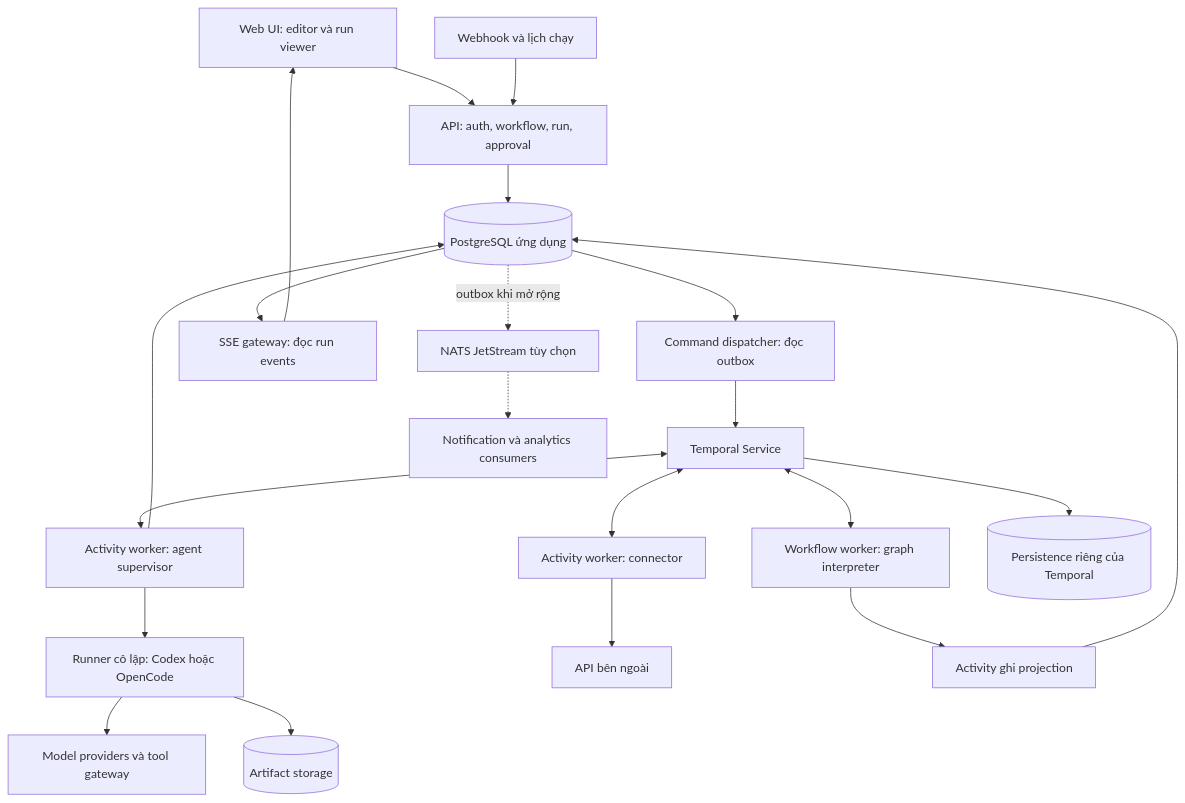
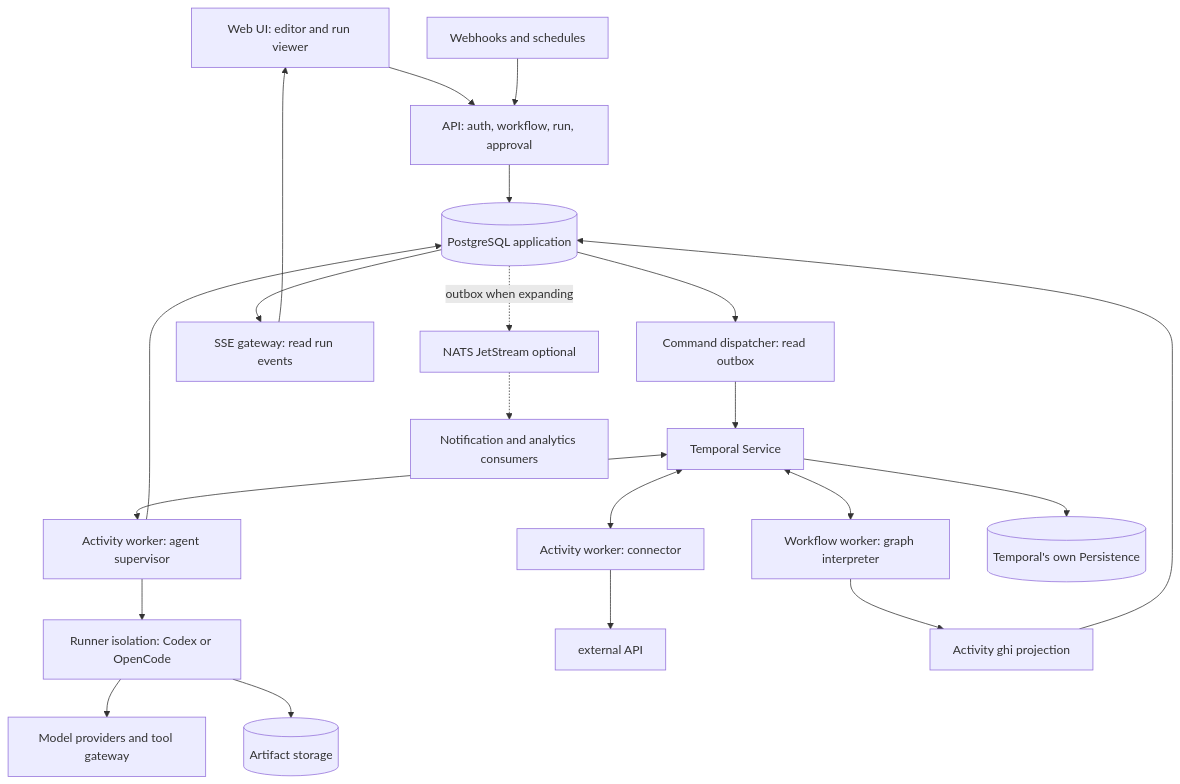
The diagram in docs/architecture.md (ndthangit/AgentFlow), drawn with Mermaid before and after one commit. The commit also changed other lines of this file and 39 other files, not shown here.

Commit message:
Translate Vietnamese messages to English across multiple components, including McpPage, ModelsPage, and authentication error handling. Update user interface text for clarity and consistency in the application.

````diff
--- a/docs/architecture.md
+++ b/docs/architecture.md
@@ -62,23 +62,23 @@
 ```mermaid
 flowchart TB
-    UI[Web UI: editor và run viewer] --> API[API: auth, workflow, run, approval]
-    IN[Webhook và lịch chạy] --> API
-    API --> DB[(PostgreSQL ứng dụng)]
-    DB --> DIS[Command dispatcher: đọc outbox]
+    UI[Web UI: editor and run viewer] --> API[API: auth, workflow, run, approval]
+    IN[Webhooks and schedules] --> API
+    API --> DB[(PostgreSQL application)]
+    DB --> DIS[Command dispatcher: read outbox]
     DIS --> TS[Temporal Service]
     TS <--> OW[Workflow worker: graph interpreter]
     TS <--> CW[Activity worker: connector]
     TS <--> AW[Activity worker: agent supervisor]
-    AW --> RUN[Runner cô lập: Codex hoặc OpenCode]
-    RUN --> MODELS[Model providers và tool gateway]
+    AW --> RUN[Runner isolation: Codex or OpenCode]
+    RUN --> MODELS[Model providers and tool gateway]
     RUN --> ART[(Artifact storage)]
-    CW --> EXT[API bên ngoài]
+    CW --> EXT[external API]
     OW --> PROJ[Activity ghi projection]
     PROJ --> DB
     AW --> DB
-    DB --> SSE[SSE gateway: đọc run events]
+    DB --> SSE[SSE gateway: read run events]
     SSE --> UI
-    DB -. outbox khi mở rộng .-> BUS[NATS JetStream tùy chọn]
-    BUS -.-> CONS[Notification và analytics consumers]
-    TS --> TDB[(Persistence riêng của Temporal)]
+    DB -. outbox when expanding .-> BUS[NATS JetStream optional]
+    BUS -.-> CONS[Notification and analytics consumers]
+    TS --> TDB[(Temporal's own Persistence)]
 ```
````
